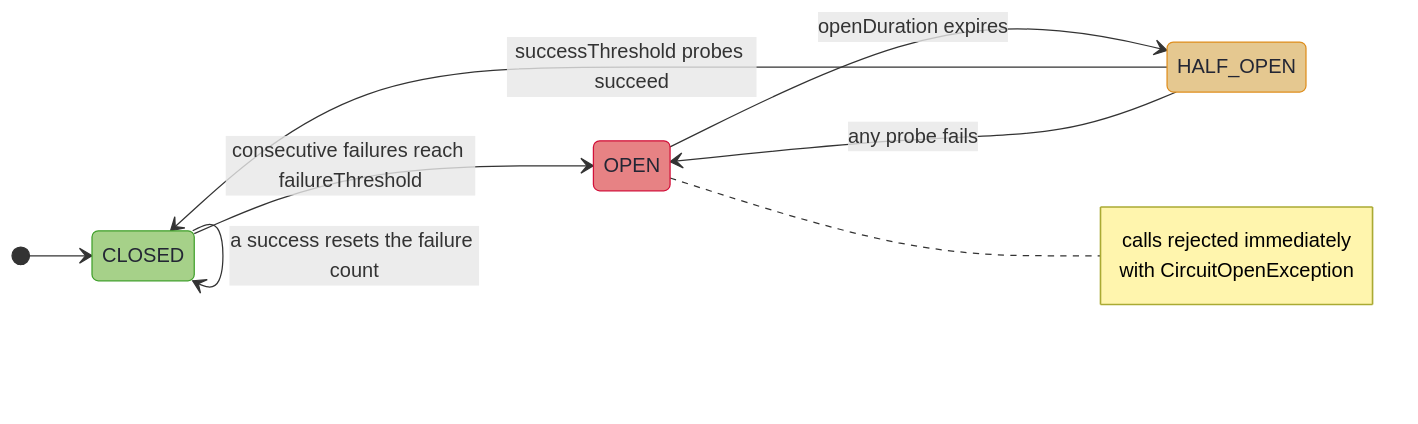
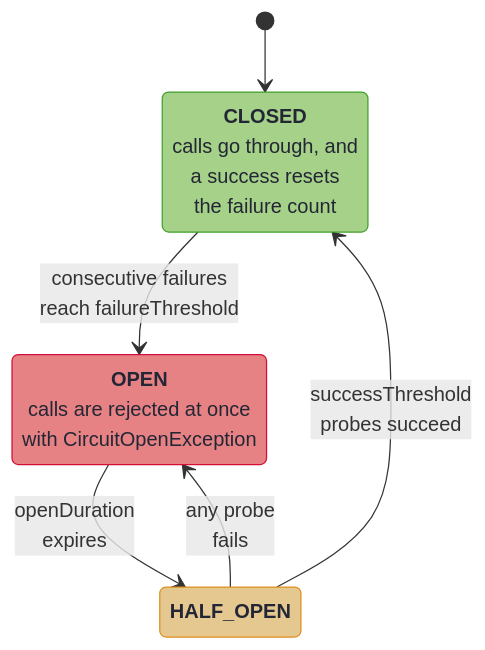
Before and after one commit to higher-kinded-j/higher-kinded-j.github.io: the diagram in latest/resilience/circuit_breaker.md, drawn with Mermaid. The commit also changed 7 other files, not shown here.

````diff
--- a/latest/resilience/circuit_breaker.md
+++ b/latest/resilience/circuit_breaker.md
@@ -20,24 +20,20 @@
 ```mermaid
 stateDiagram-v2
     accTitle: The circuit breaker's three states
-    accDescr: The breaker starts CLOSED, where a success resets the failure count. When consecutive failures reach failureThreshold, it moves to OPEN, where calls are rejected at once with CircuitOpenException. When openDuration expires, it moves to HALF_OPEN. From there it returns to CLOSED when successThreshold probes succeed, and to OPEN when any probe fails.
-    direction LR
+    accDescr: The breaker starts CLOSED, where calls go through and a success resets the failure count. When consecutive failures reach failureThreshold, it moves to OPEN, where calls are rejected at once with CircuitOpenException. When openDuration expires, it moves to HALF_OPEN. From there it returns to CLOSED when successThreshold probes succeed, and to OPEN when any probe fails.
+    state "<b>CLOSED</b><br/>calls go through, and<br/>a success resets<br/>the failure count" as CLOSED
+    state "<b>OPEN</b><br/>calls are rejected at once<br/>with CircuitOpenException" as OPEN
+    state "<b>HALF_OPEN</b>" as HALF_OPEN
     [*] --> CLOSED
-    CLOSED --> OPEN : consecutive failures reach failureThreshold
-    OPEN --> HALF_OPEN : openDuration expires
-    HALF_OPEN --> CLOSED : successThreshold probes succeed
-    HALF_OPEN --> OPEN : any probe fails
-    CLOSED --> CLOSED : a success resets the failure count
-
-    note right of OPEN
-        calls rejected immediately
-        with CircuitOpenException
-    end note
+    CLOSED --> OPEN : consecutive failures<br/>reach failureThreshold
+    OPEN --> HALF_OPEN : openDuration<br/>expires
+    HALF_OPEN --> CLOSED : successThreshold<br/>probes succeed
+    HALF_OPEN --> OPEN : any probe<br/>fails
 
     classDef closed fill:#a6d189,stroke:#40a02b,color:#232634
     classDef open fill:#e78284,stroke:#d20f39,color:#232634
     classDef probing fill:#e5c890,stroke:#df8e1d,color:#232634
     class CLOSED closed
     class OPEN open
     class HALF_OPEN probing
 ```
````
